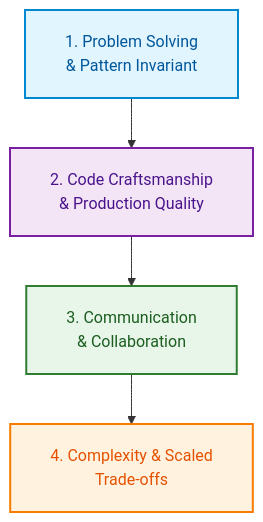
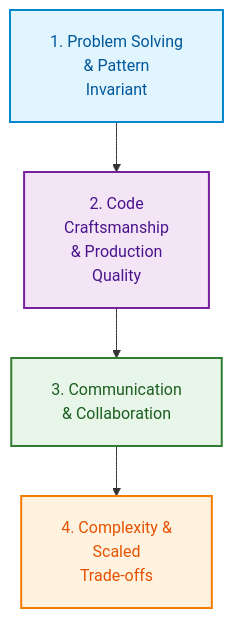
The first of 2 diagrams in learning_tracking/Mock_Interview_Log.md (dip4k/DSA_102), drawn with Mermaid before and after one commit. The commit also changed other lines of this file and 106 other files, not shown here.

First line of the commit message:
fix(mermaid): prevent text clipping with foreignObject overflow and tighter line wrapping

````diff
--- a/learning_tracking/Mock_Interview_Log.md
+++ b/learning_tracking/Mock_Interview_Log.md
@@ -13,15 +13,15 @@
 ```mermaid
-%%{init: {"flowchart": {"htmlLabels": true, "padding": 20}}}%%
+%%{init: {"flowchart": {"htmlLabels": true, "padding": 20}, "themeCSS": "foreignObject { overflow: visible !important; }"}}%%
 flowchart TD
     classDef p1 fill:#e1f5fe,stroke:#0288d1,stroke-width:2px,color:#01579b
     classDef p2 fill:#f3e5f5,stroke:#7b1fa2,stroke-width:2px,color:#4a148c
     classDef p3 fill:#e8f5e9,stroke:#2e7d32,stroke-width:2px,color:#1b5e20
     classDef p4 fill:#fff3e0,stroke:#f57c00,stroke-width:2px,color:#e65100
 
-    P1["1. Problem Solving<br/>& Pattern Invariant"]:::p1
-    P2["2. Code Craftsmanship<br/>& Production Quality"]:::p2
+    P1["1. Problem Solving<br/>& Pattern<br/>Invariant"]:::p1
+    P2["2. Code<br/>Craftsmanship<br/>& Production<br/>Quality"]:::p2
     P3["3. Communication<br/>& Collaboration"]:::p3
-    P4["4. Complexity & Scaled<br/>Trade-offs"]:::p4
+    P4["4. Complexity &<br/>Scaled<br/>Trade-offs"]:::p4
 
     P1 --> P2 --> P3 --> P4
 ```
````
